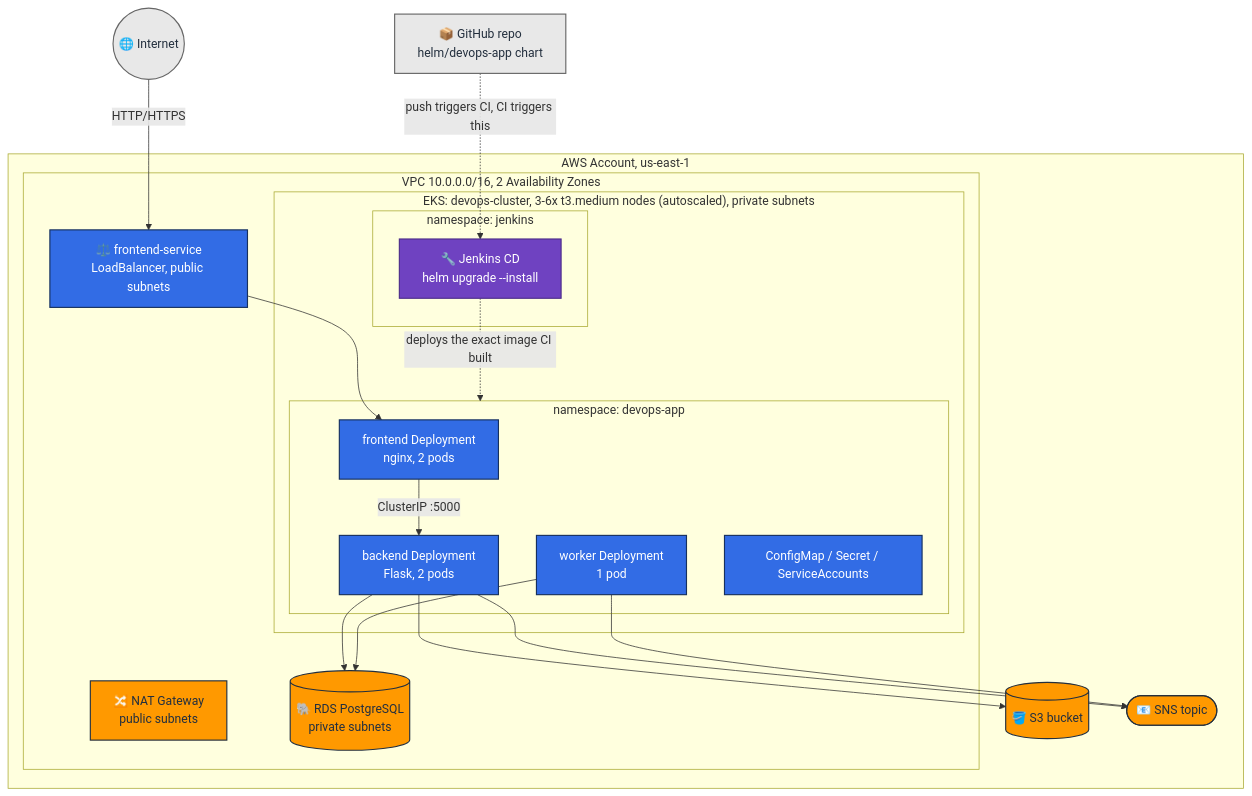
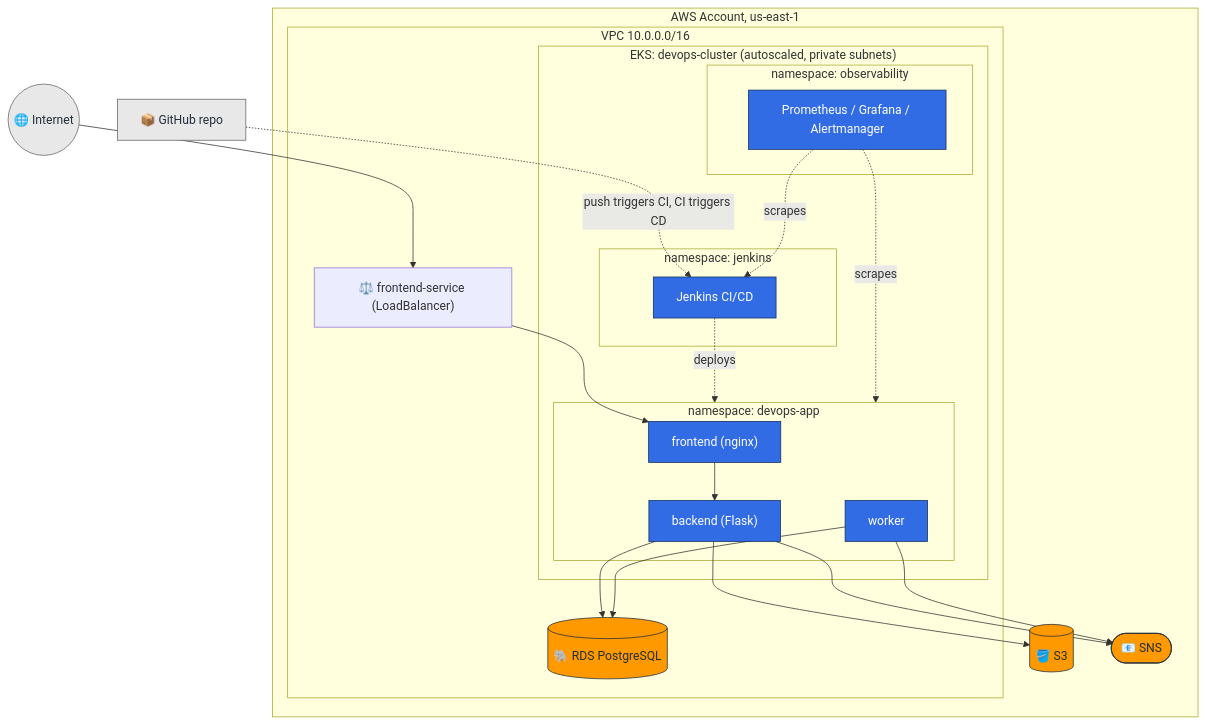
One commit to MaxTsyganov/Running_Devops_Project changed the first of 2 diagrams in README.md. Above: the diagram before and after it, drawn with Mermaid. The commit also changed other lines of this file and 54 other files, not shown here.

````diff
--- a/README.md
+++ b/README.md
@@ -579,50 +36,46 @@
 ```mermaid
 flowchart TB
     Internet(("🌐 Internet"))
-    GH["📦 GitHub repo<br/>helm/devops-app chart"]
+    GH["📦 GitHub repo"]
 
     subgraph AWS["AWS Account, us-east-1"]
-        subgraph VPC["VPC 10.0.0.0/16, 2 Availability Zones"]
-            LB["⚖️ frontend-service<br/>LoadBalancer, public subnets"]
-            NAT["🔀 NAT Gateway<br/>public subnets"]
+        subgraph VPC["VPC 10.0.0.0/16"]
+            LB["⚖️ frontend-service (LoadBalancer)"]
 
-            subgraph EKS["EKS: devops-cluster, 3-6x t3.medium nodes (autoscaled), private subnets"]
+            subgraph EKS["EKS: devops-cluster (autoscaled, private subnets)"]
                 subgraph NsJenkins["namespace: jenkins"]
-                    CD["🔧 Jenkins CD<br/>helm upgrade --install"]
+                    CI["Jenkins CI/CD"]
                 end
                 subgraph NsApp["namespace: devops-app"]
-                    FE["frontend Deployment<br/>nginx, 2 pods"]
-                    BE["backend Deployment<br/>Flask, 2 pods"]
-                    WK["worker Deployment<br/>1 pod"]
-                    CFG["ConfigMap / Secret / ServiceAccounts"]
+                    FE["frontend (nginx)"]
+                    BE["backend (Flask)"]
+                    WK["worker"]
+                end
+                subgraph NsObs["namespace: observability"]
+                    Prom["Prometheus / Grafana / Alertmanager"]
                 end
             end
-
-            RDS[("🐘 RDS PostgreSQL<br/>private subnets")]
+            RDS[("🐘 RDS PostgreSQL")]
         end
-
-        S3[("🪣 S3 bucket")]
-        SNS(["📧 SNS topic"])
+        S3[("🪣 S3")]
+        SNS(["📧 SNS"])
     end
 
-    Internet -- HTTP/HTTPS --> LB
-    LB --> FE
-    FE -- "ClusterIP :5000" --> BE
-    BE --> RDS
+    Internet --> LB --> FE
+    FE --> BE --> RDS
     BE --> S3
     BE --> SNS
     WK --> RDS
     WK --> SNS
-    GH -. push triggers CI, CI triggers this .-> CD
-    CD -. deploys the exact image CI built .-> NsApp
+    GH -. push triggers CI, CI triggers CD .-> CI
+    CI -. deploys .-> NsApp
+    Prom -. scrapes .-> NsApp
+    Prom -. scrapes .-> CI
 
-    classDef aws fill:#FF9900,stroke:#232F3E,color:#232F3E,stroke-width:1.5px
-    classDef k8s fill:#326CE5,stroke:#16305e,color:#ffffff,stroke-width:1.5px
-    classDef tooling fill:#6f42c1,stroke:#4c2d8a,color:#ffffff,stroke-width:1.5px
-    classDef external fill:#e8e8e8,stroke:#666666,color:#232F3E,stroke-width:1.5px
-
-    class RDS,S3,SNS,NAT aws
-    class FE,BE,WK,CFG,LB k8s
-    class CD tooling
+    classDef aws fill:#FF9900,stroke:#232F3E,color:#232F3E
+    classDef k8s fill:#326CE5,stroke:#16305e,color:#ffffff
+    classDef external fill:#e8e8e8,stroke:#666666,color:#232F3E
+    class RDS,S3,SNS aws
+    class FE,BE,WK,CI,Prom k8s
     class Internet,GH external
 ```
````
